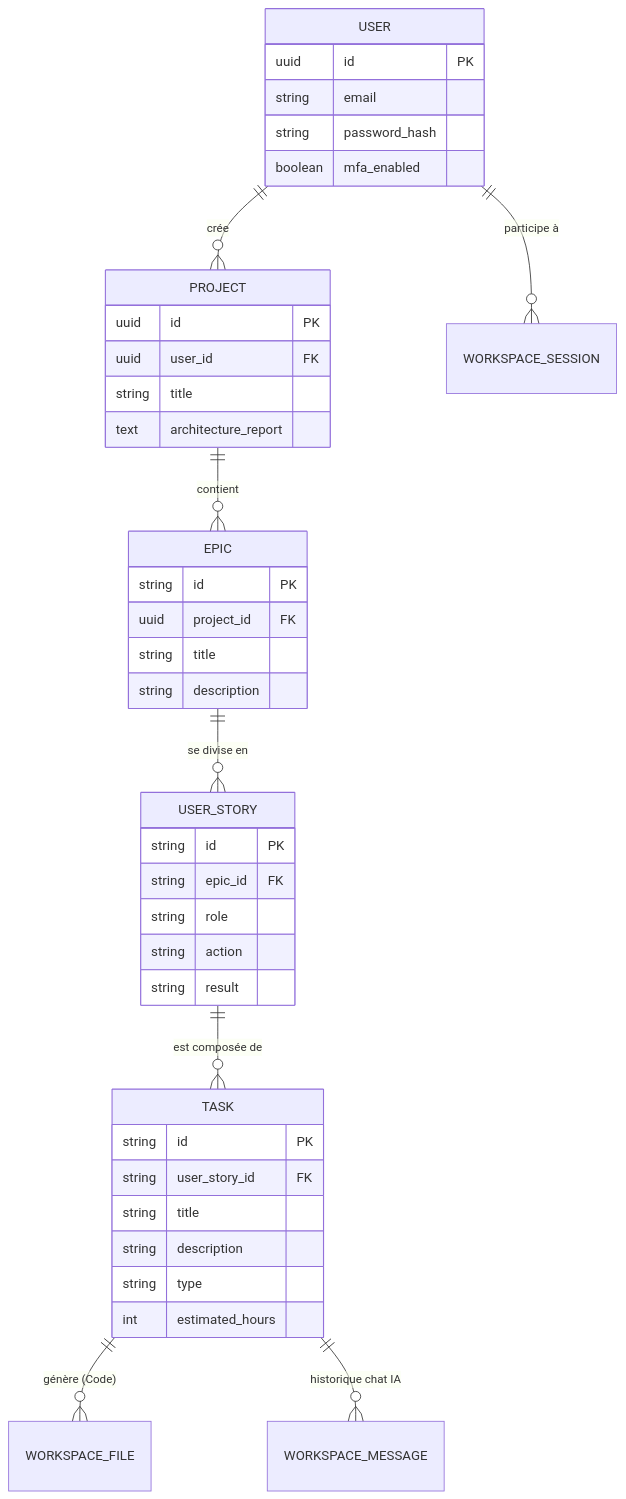
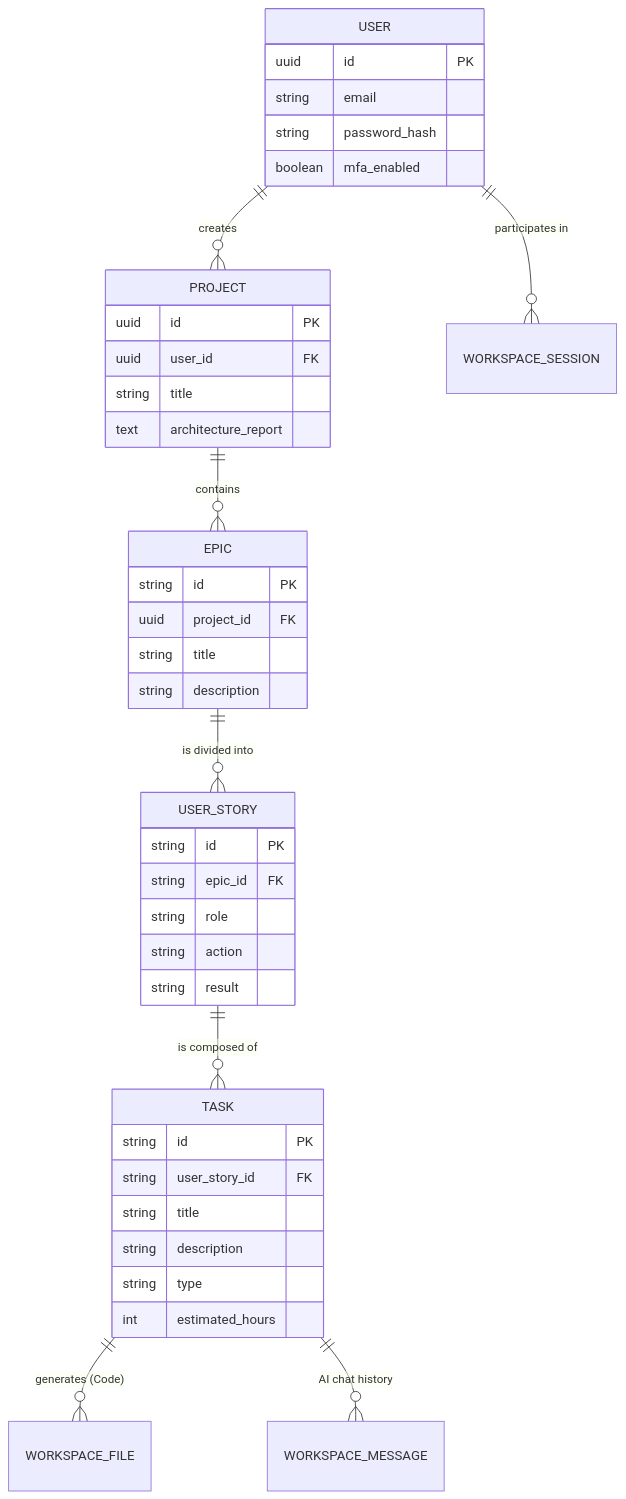
The third of 3 diagrams in backend/README.md (ABDELALIKHOLTY/TeraSprint), drawn with Mermaid before and after one commit. The commit also changed other lines of this file and 2 other files, not shown here.

````diff
--- a/backend/README.md
+++ b/backend/README.md
@@ -75,50 +75,50 @@
 ```mermaid
 erDiagram
-    USER ||--o{ PROJECT : "crée"
-    USER ||--o{ WORKSPACE_SESSION : "participe à"
+    USER ||--o{ PROJECT : "creates"
+    USER ||--o{ WORKSPACE_SESSION : "participates in"
     
-    PROJECT ||--o{ EPIC : "contient"
-    EPIC ||--o{ USER_STORY : "se divise en"
-    USER_STORY ||--o{ TASK : "est composée de"
+    PROJECT ||--o{ EPIC : "contains"
+    EPIC ||--o{ USER_STORY : "is divided into"
+    USER_STORY ||--o{ TASK : "is composed of"
     
-    TASK ||--o{ WORKSPACE_FILE : "génère (Code)"
-    TASK ||--o{ WORKSPACE_MESSAGE : "historique chat IA"
+    TASK ||--o{ WORKSPACE_FILE : "generates (Code)"
+    TASK ||--o{ WORKSPACE_MESSAGE : "AI chat history"
 
     USER {
         uuid id PK
         string email
         string password_hash
         boolean mfa_enabled
     }
     
     PROJECT {
         uuid id PK
         uuid user_id FK
         string title
         text architecture_report
     }
     
     EPIC {
         string id PK
         uuid project_id FK
         string title
         string description
     }
     
     USER_STORY {
         string id PK
         string epic_id FK
         string role
         string action
         string result
     }
     
     TASK {
         string id PK
         string user_story_id FK
         string title
         string description
         string type
         int estimated_hours
     }
 ```
````
